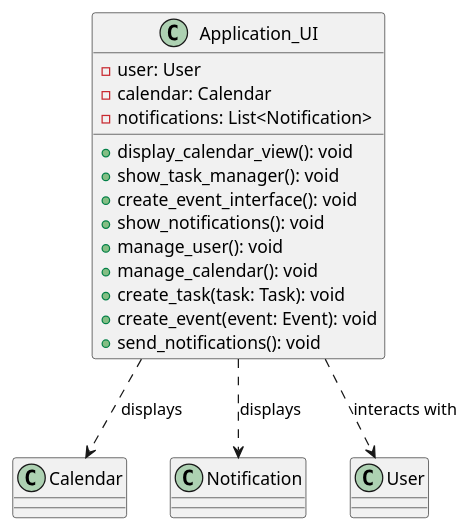
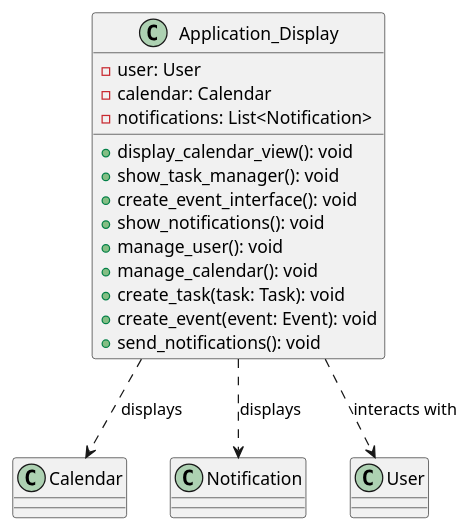
Before and after one commit to CS361-2024Fall-Term/Innovators: the diagram in assignment6/app_ui.puml, drawn with PlantUML. The commit also changed 1 other file, not shown here.

Commit message:
Update app_ui title to app_display

```diff
--- a/assignment6/app_ui.puml
+++ b/assignment6/app_ui.puml
@@ -1,22 +1,22 @@
 @startuml
 
-class Application_UI {
+class Application_Display {
   -user: User
   -calendar: Calendar
   -notifications: List<Notification>
   +display_calendar_view(): void
   +show_task_manager(): void
   +create_event_interface(): void
   +show_notifications(): void
   +manage_user(): void
   +manage_calendar(): void
   +create_task(task: Task): void
   +create_event(event: Event): void
   +send_notifications(): void
 }
 
-Application_UI ..> Calendar : "displays"
-Application_UI ..> Notification : "displays"
-Application_UI ..> User : "interacts with"
+Application_Display ..> Calendar : "displays"
+Application_Display ..> Notification : "displays"
+Application_Display ..> User : "interacts with"
 
 @enduml
```
